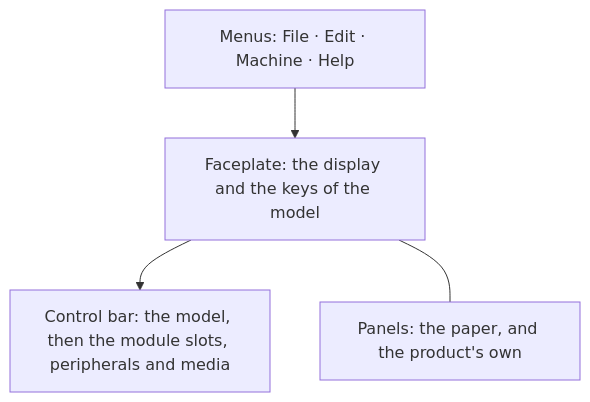
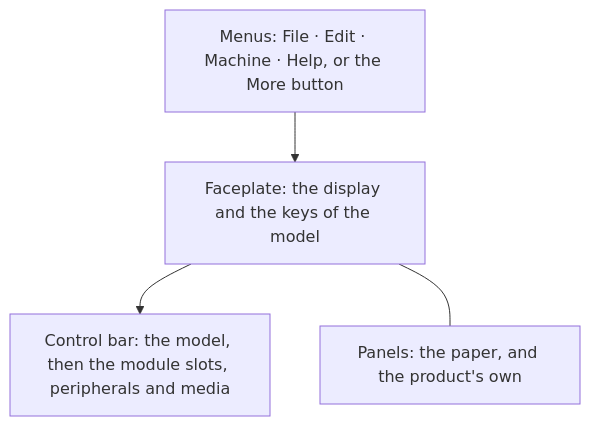
One commit to tinue/calc-u changed the diagram in library/help/02-getting-started.md. Above: the diagram before and after it, drawn with Mermaid. The commit also changed other lines of this file and 59 other files, not shown here.

````diff
--- a/library/help/02-getting-started.md
+++ b/library/help/02-getting-started.md
@@ -14,9 +15,9 @@
 ```mermaid
 flowchart TB
-  menus["Menus: File · Edit · Machine · Help"]
+  menus["Menus: File · Edit · Machine · Help, or the More button"]
   faceplate["Faceplate: the display and the keys of the model"]
   bar["Control bar: the model, then the module slots, peripherals and media"]
   panels["Panels: the paper, and the product's own"]
   menus --> faceplate --> bar
   faceplate --- panels
 ```
````
